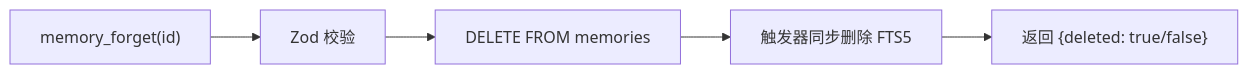
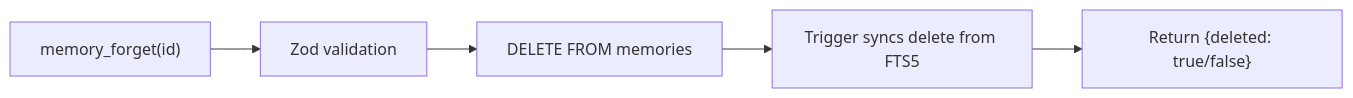
One commit to lchaoer/claudecode-oepnclaw-mem changed the fifth of 11 diagrams in ARCHITECTURE.md. Above: the diagram before and after it, drawn with Mermaid. The commit also changed other lines of this file and 2 other files, not shown here.

````diff
--- a/ARCHITECTURE.md
+++ b/ARCHITECTURE.md
@@ -199,7 +240,7 @@
 ```mermaid
 flowchart LR
-    A["memory_forget(id)"] --> B["Zod 校验"]
+    A["memory_forget(id)"] --> B["Zod validation"]
     B --> C["DELETE FROM memories"]
-    C --> D["触发器同步删除 FTS5"]
-    D --> E["返回 {deleted: true/false}"]
+    C --> D["Trigger syncs delete from FTS5"]
+    D --> E["Return {deleted: true/false}"]
 ```
````
